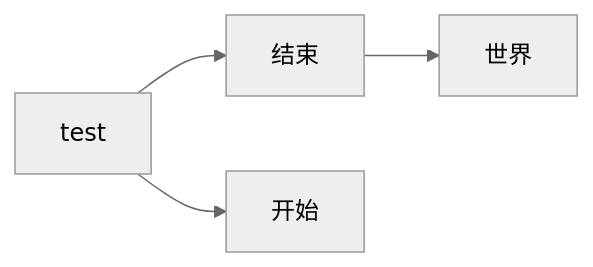
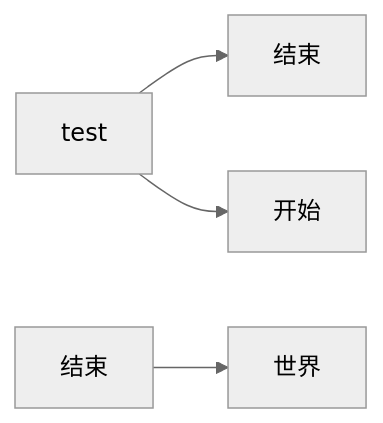
One commit to UNLINEARITY/Learn-Everything changed the first of 7 diagrams in src/site/notes/mermaid.md. Above: the diagram before and after it, drawn with Mermaid (neutral theme). The commit also changed other lines of this file, not shown here.

Commit message:
Update content src/site/notes/mermaid.md

````diff
--- a/src/site/notes/mermaid.md
+++ b/src/site/notes/mermaid.md
@@ -9,5 +9,5 @@
 ```mermaid  
 graph LR
-	id[test]--> 结束 & 开始
+	test--> id[结束] & 开始
 	结束-->世界
 ```
````
